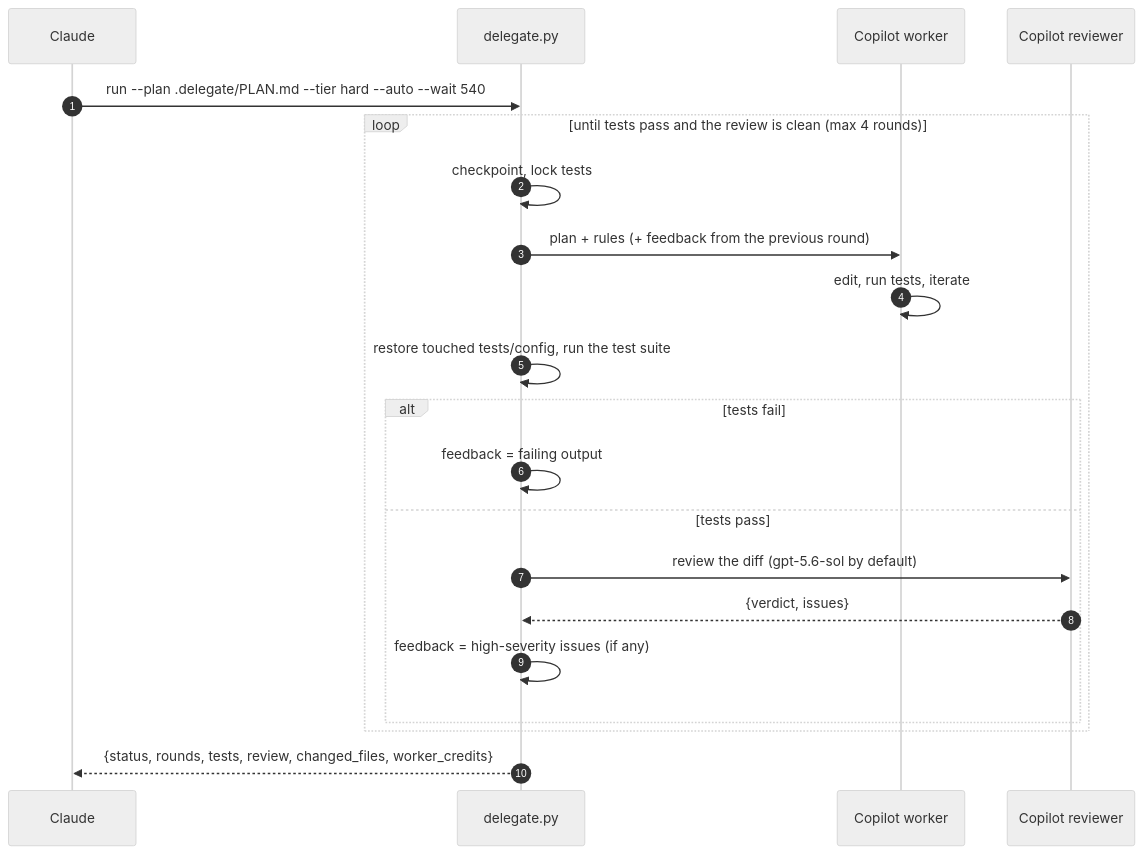
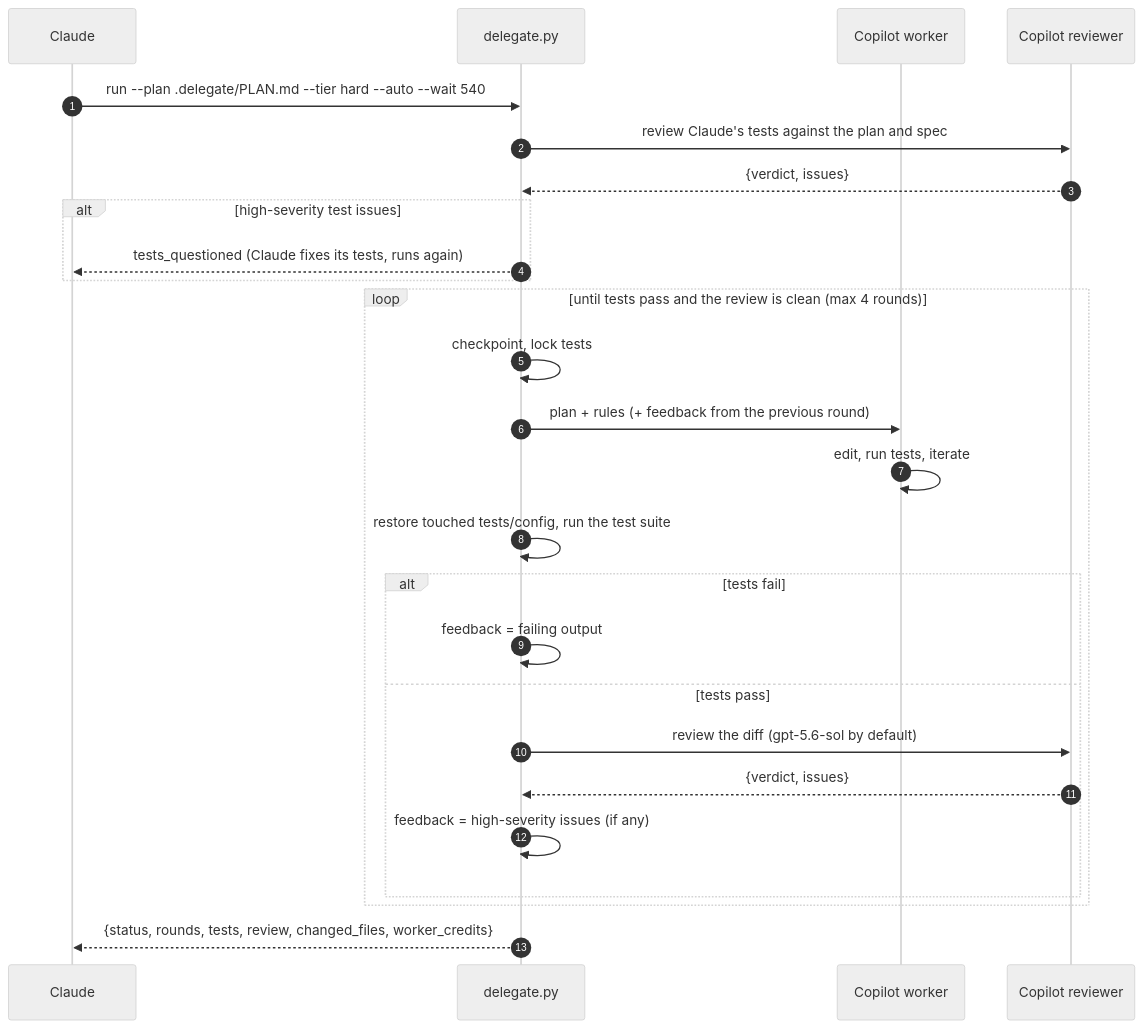
One commit to gaztrabisme/claude-subagent-delegation changed the second of 6 diagrams in README.md. Above: the diagram before and after it, drawn with Mermaid (neutral theme). The commit also changed other lines of this file and 4 other files, not shown here.

First line of the commit message:
Review Claude's tests against the plan before the first worker round

````diff
--- a/README.md
+++ b/README.md
@@ -78,24 +78,29 @@
 ```mermaid
 sequenceDiagram
     autonumber
     participant C as Claude
     participant R as delegate.py
     participant W as Copilot worker
     participant V as Copilot reviewer
 
     C->>R: run --plan .delegate/PLAN.md --tier hard --auto --wait 540
+    R->>V: review Claude's tests against the plan and spec
+    V-->>R: {verdict, issues}
+    alt high-severity test issues
+        R-->>C: tests_questioned (Claude fixes its tests, runs again)
+    end
     loop until tests pass and the review is clean (max 4 rounds)
         R->>R: checkpoint, lock tests
         R->>W: plan + rules (+ feedback from the previous round)
         W->>W: edit, run tests, iterate
         R->>R: restore touched tests/config, run the test suite
         alt tests fail
             R->>R: feedback = failing output
         else tests pass
             R->>V: review the diff (gpt-5.6-sol by default)
             V-->>R: {verdict, issues}
             R->>R: feedback = high-severity issues (if any)
         end
     end
     R-->>C: {status, rounds, tests, review, changed_files, worker_credits}
 ```
````
